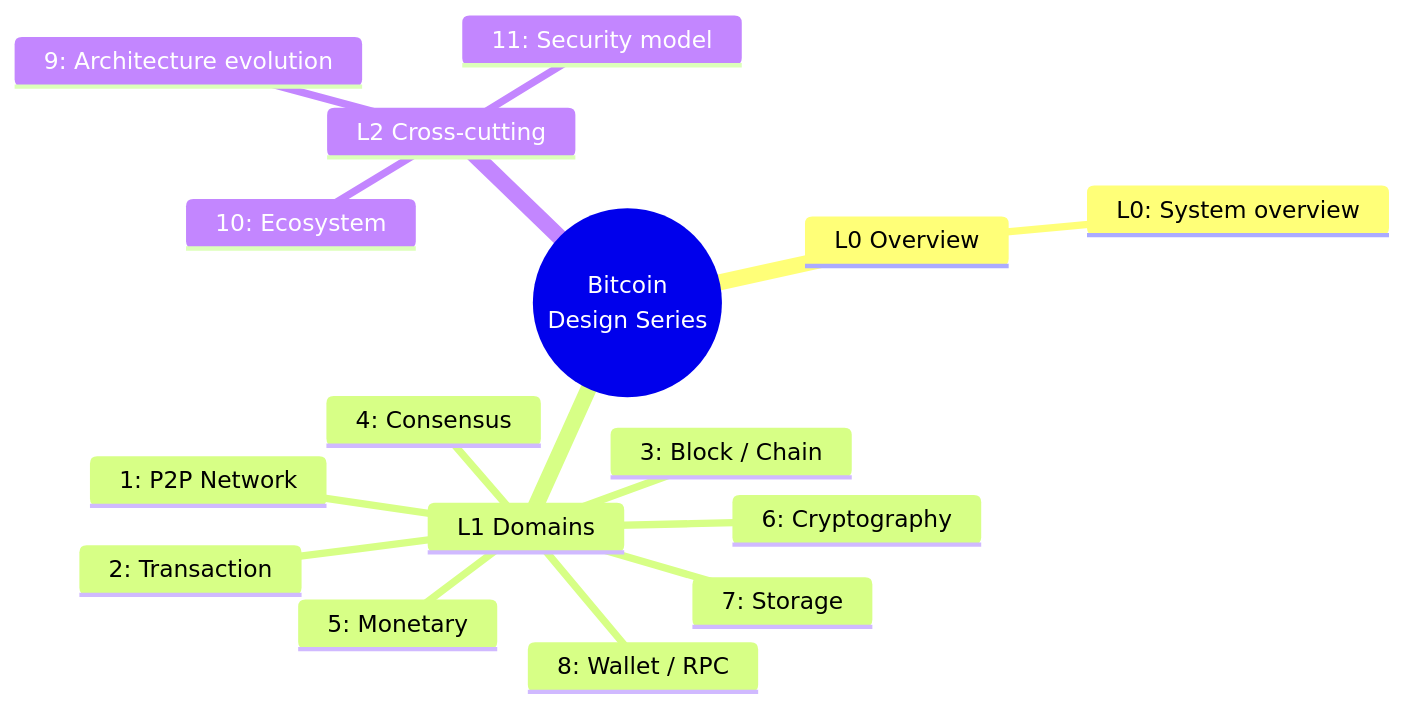
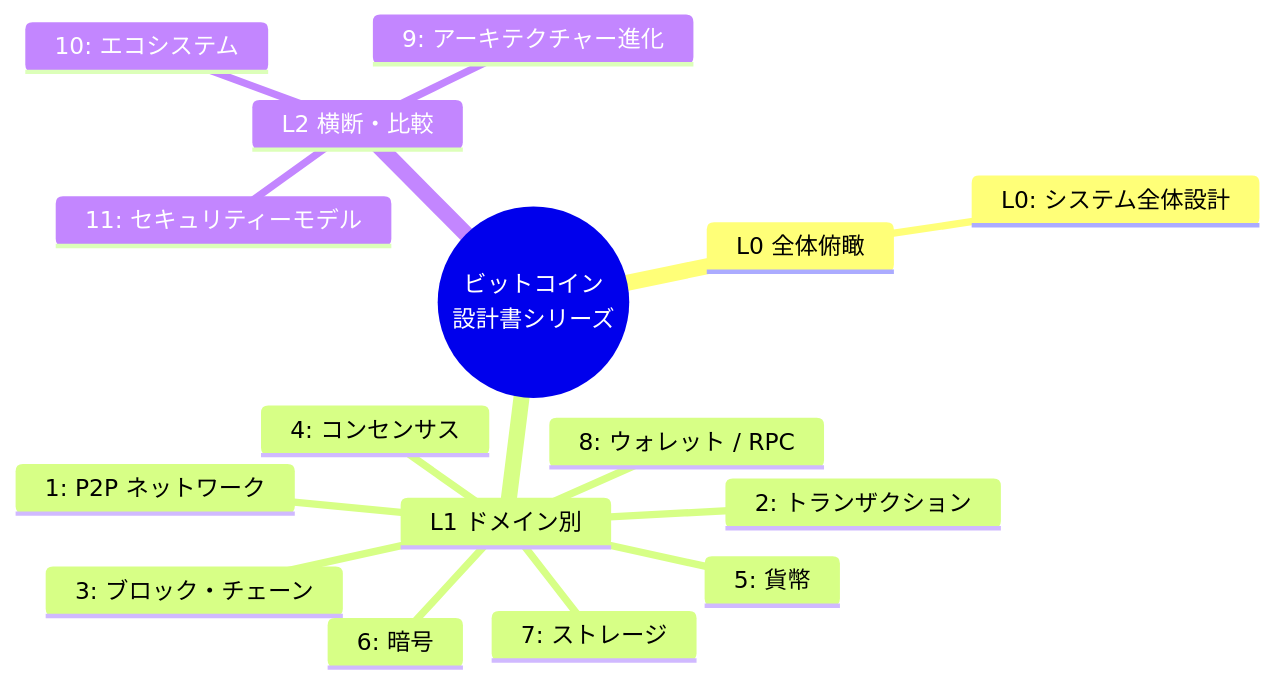
One commit to cypher256/BitcoinArchive changed the fifth of 5 diagrams in src/data/translations/ja/design/2009-01-03-bitcoin-system-design-overview.md. Above: the diagram before and after it, drawn with Mermaid. The commit also changed other lines of this file and 11 other files, not shown here.

````diff
--- a/src/data/translations/ja/design/2009-01-03-bitcoin-system-design-overview.md
+++ b/src/data/translations/ja/design/2009-01-03-bitcoin-system-design-overview.md
@@ -240,19 +240,19 @@
 ```mermaid
 mindmap
-  root((Bitcoin<br/>Design Series))
-    L0 Overview
-      L0: System overview
-    L1 Domains
-      1: P2P Network
-      2: Transaction
-      3: Block / Chain
-      4: Consensus
-      5: Monetary
-      6: Cryptography
-      7: Storage
-      8: Wallet / RPC
-    L2 Cross-cutting
-      9: Architecture evolution
-      10: Ecosystem
-      11: Security model
+  root((ビットコイン<br/>設計書シリーズ))
+    L0 全体俯瞰
+      L0: システム全体設計
+    L1 ドメイン別
+      1: P2P ネットワーク
+      2: トランザクション
+      3: ブロック・チェーン
+      4: コンセンサス
+      5: 貨幣
+      6: 暗号
+      7: ストレージ
+      8: ウォレット / RPC
+    L2 横断・比較
+      9: アーキテクチャー進化
+      10: エコシステム
+      11: セキュリティーモデル
 ```
````
